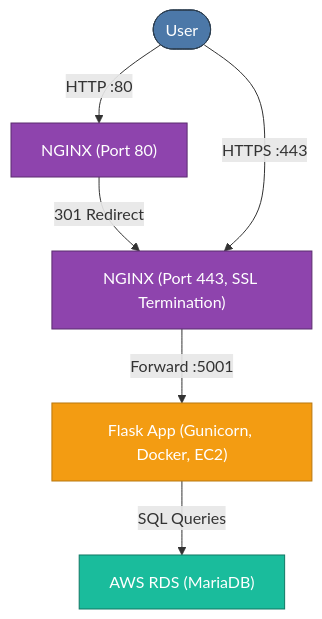
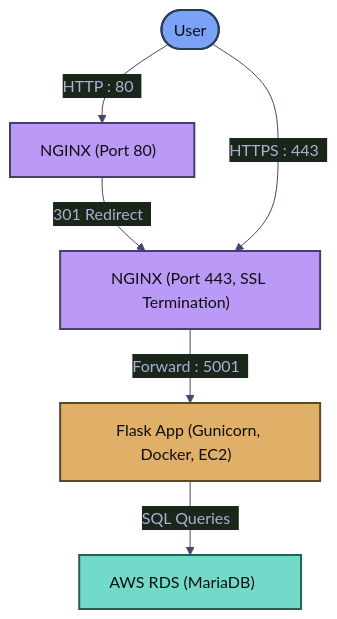
The diagram in README.md (kanishkdhebana/StudentManagementSystem), drawn with Mermaid before and after one commit.

````diff
--- a/README.md
+++ b/README.md
@@ -19,21 +19,40 @@
 ```mermaid
+%%{
+  init: {
+    'theme': 'base',
+    'themeVariables': {
+      'background': '#1a1b26',
+      'primaryColor': '#1a1b26',
+      'primaryTextColor': '#a9b1d6',
+      'primaryBorderColor': '#414868',
+      'lineColor': '#414868',
+      'fontFamily': 'sans-serif',
+      'fontSize': '16px'
+    }
+  }
+}%%
 graph TD
-    User([User]) -->|HTTP :80| Nginx80["NGINX (Port 80)"]
-    Nginx80 -->|301 Redirect| Nginx443["NGINX (Port 443, SSL Termination)"]
-    User([User]) -->|HTTPS :443| Nginx443
+    %% Node Definitions (with trailing spaces for padding)
+    User([User ]) -->|HTTP : 80 &nbsp;| Nginx80["NGINX (Port 80) &nbsp;"]
+    Nginx80 -->|301 Redirect &nbsp;| Nginx443["NGINX (Port 443, SSL Termination) &nbsp;"]
+    User -->|HTTPS : 443 &nbsp;| Nginx443
 
-    %% Reverse Proxy
-    Nginx443 -->|Forward :5001| FlaskApp["Flask App (Gunicorn, Docker, EC2)"]
+    %% Reverse Proxy Link
+    Nginx443 -->|Forward : 5001 &nbsp;| FlaskApp["Flask App (Gunicorn, Docker, EC2) &nbsp;"]
 
-    %% DB Communication
-    FlaskApp -->|SQL Queries| RDS["AWS RDS (MariaDB)"]
+    %% DB Communication Link
+    FlaskApp -->|SQL Queries &nbsp;| RDS["AWS RDS (MariaDB) &nbsp; &nbsp;"]
 
-    %% Styling
-    style User fill:#4C78A8,stroke:#2C3E50,color:#fff
-    style Nginx80 fill:#8E44AD,stroke:#5B2C6F,color:#fff
-    style Nginx443 fill:#8E44AD,stroke:#5B2C6F,color:#fff
-    style FlaskApp fill:#F39C12,stroke:#B9770E,color:#fff
-    style RDS fill:#1ABC9C,stroke:#117864,color:#fff
+    %% Styling with Classes for a handcrafted, dark-theme look
+    classDef user fill:#7aa2f7,stroke:#293b58,stroke-width:2px,color:#0e0e11
+    classDef proxy fill:#bb9af7,stroke:#4b3d63,stroke-width:2px,color:#0e0e11
+    classDef application fill:#e0af68,stroke:#5e482b,stroke-width:2px,color:#0e0e11
+    classDef database fill:#73daca,stroke:#315c55,stroke-width:2px,color:#0e0e11
 
+    %% Apply Classes to Nodes
+    class User user
+    class Nginx80,Nginx443 proxy
+    class FlaskApp application
+    class RDS database
 
 ```
````
